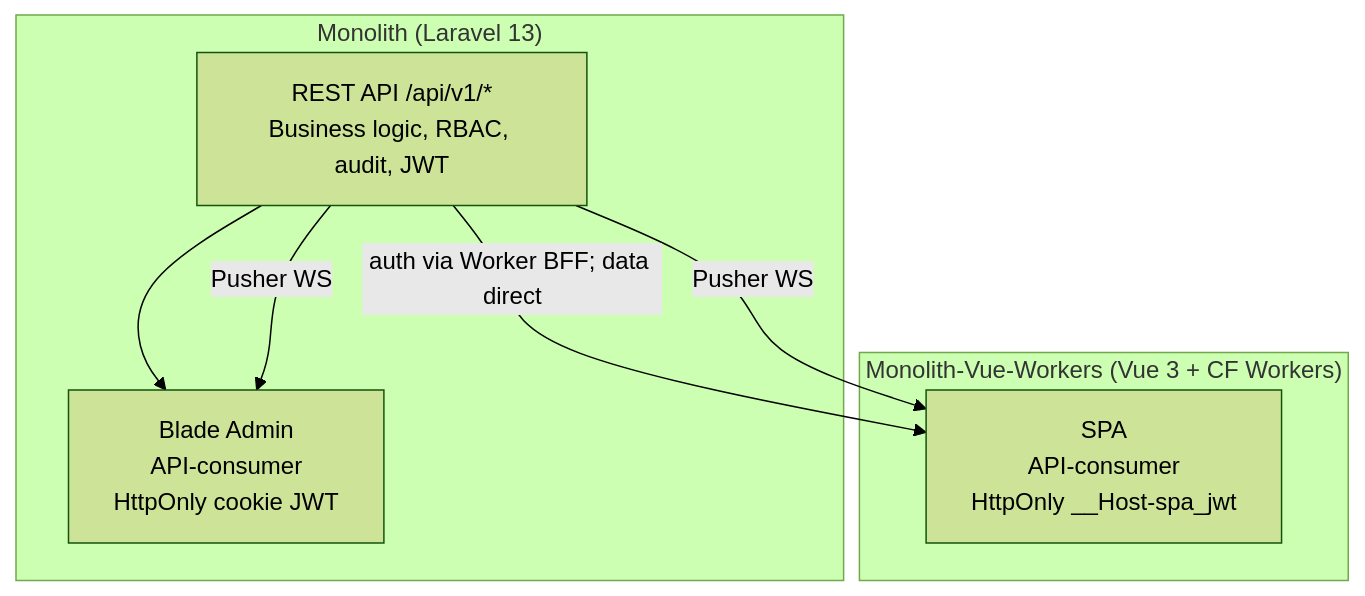
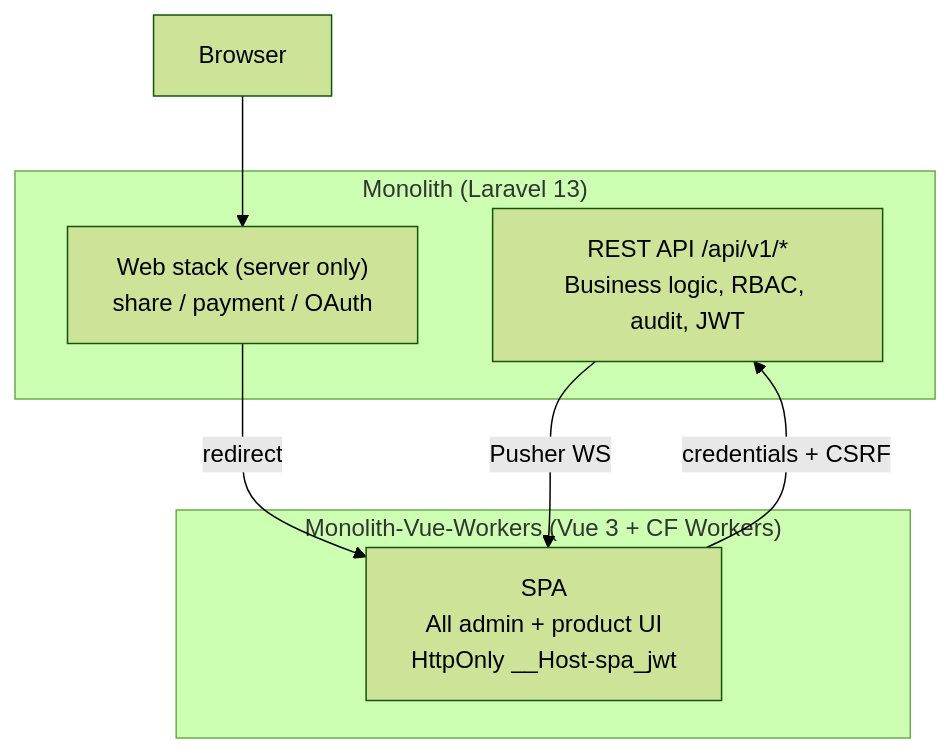
Before and after one commit to silverspoonmedia/cored-backend: the diagram in docs/integration/project-overview.md, drawn with Mermaid (forest theme). The commit also changed other lines of this file and 498 other files, not shown here.

````diff
--- a/docs/integration/project-overview.md
+++ b/docs/integration/project-overview.md
@@ -9,14 +9,14 @@
 ```mermaid
 flowchart TB
     subgraph Monolith["Monolith (Laravel 13)"]
         API["REST API /api/v1/*<br>Business logic, RBAC, audit, JWT"]
-        Blade["Blade Admin<br>API-consumer<br>HttpOnly cookie JWT"]
-        API --> Blade
+        Web["Web stack (server only)<br>share / payment / OAuth"]
     end
     subgraph VueWorkers["Monolith-Vue-Workers (Vue 3 + CF Workers)"]
-        SPA["SPA<br>API-consumer<br>HttpOnly __Host-spa_jwt"]
+        SPA["SPA<br>All admin + product UI<br>HttpOnly __Host-spa_jwt"]
     end
-    API -->|"auth via Worker BFF; data direct"| SPA
-    API -->|"Pusher WS"| Blade
+    SPA -->|"credentials + CSRF"| API
+    Browser --> Web
+    Web -->|"redirect"| SPA
     API -->|"Pusher WS"| SPA
 ```
````
